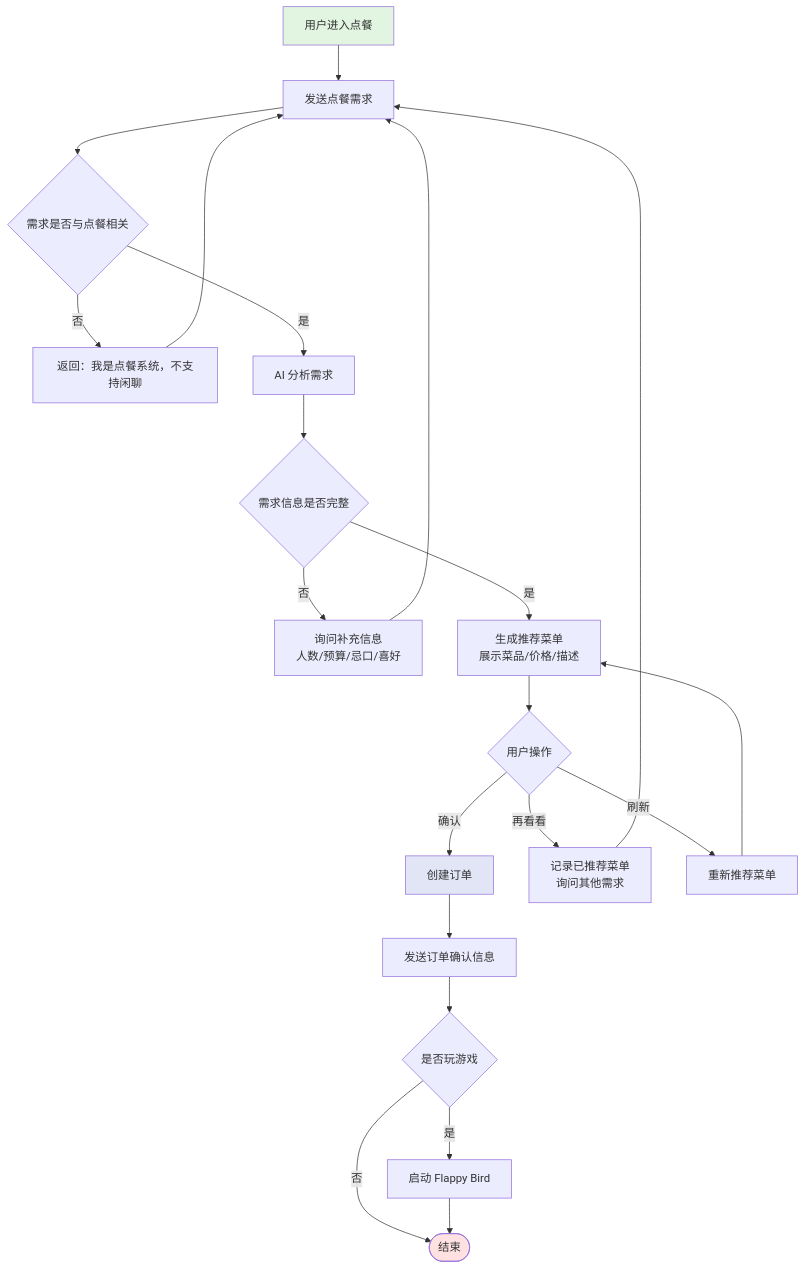
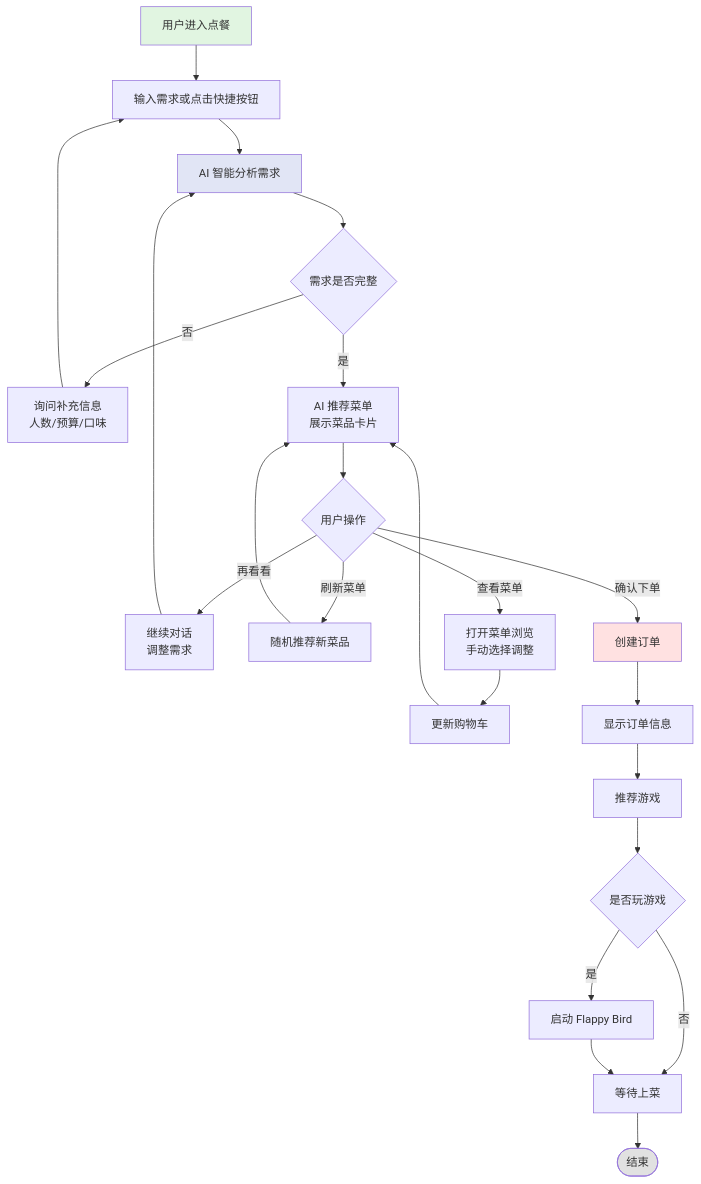
Before and after one commit to Barryzhang1/Ai-chat-Demo: the second of 7 diagrams in README.md, drawn with Mermaid. The commit also changed other lines of this file and 5 other files, not shown here.

````diff
--- a/README.md
+++ b/README.md
@@ -93,36 +93,38 @@
 ```mermaid
 graph TD
-    A[用户进入点餐] --> B[发送点餐需求]
-    B --> C{需求是否与点餐相关}
+    A[用户进入点餐] --> B[输入需求或点击快捷按钮]
+    B --> C[AI 智能分析需求]
     
-    C -->|否| D[返回：我是点餐系统，不支持闲聊]
-    D --> B
+    C --> D{需求是否完整}
+    D -->|否| E[询问补充信息<br/>人数/预算/口味]
+    E --> B
     
-    C -->|是| E[AI 分析需求]
-    E --> F{需求信息是否完整}
+    D -->|是| F[AI 推荐菜单<br/>展示菜品卡片]
     
-    F -->|否| G[询问补充信息<br/>人数/预算/忌口/喜好]
-    G --> B
+    F --> G{用户操作}
     
-    F -->|是| H[生成推荐菜单<br/>展示菜品/价格/描述]
+    G -->|再看看| H[继续对话<br/>调整需求]
+    H --> C
     
-    H --> I{用户操作}
+    G -->|刷新菜单| I[随机推荐新菜品]
+    I --> F
     
-    I -->|确认| J[创建订单]
-    I -->|再看看| K[记录已推荐菜单<br/>询问其他需求]
-    I -->|刷新| L[重新推荐菜单]
+    G -->|查看菜单| J[打开菜单浏览<br/>手动选择调整]
+    J --> K[更新购物车]
+    K --> F
     
-    K --> B
-    L --> H
+    G -->|确认下单| L[创建订单]
+    L --> M[显示订单信息]
+    M --> N[推荐游戏]
     
-    J --> M[发送订单确认信息]
-    M --> N{是否玩游戏}
-    
-    N -->|是| O[启动 Flappy Bird]
-    N -->|否| P([结束])
-    O --> P
+    N --> O{是否玩游戏}
+    O -->|是| P[启动 Flappy Bird]
+    O -->|否| Q[等待上菜]
+    P --> Q
+    Q --> R([结束])
     
     style A fill:#e1f5e1
-    style J fill:#e1e5f5
-    style P fill:#ffe1e1
+    style C fill:#e1e5f5
+    style L fill:#ffe1e1
+    style R fill:#e1e1e1
 ```
````
